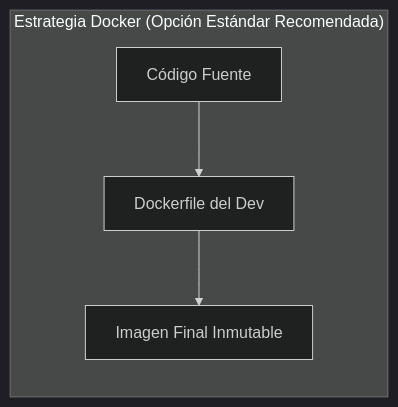
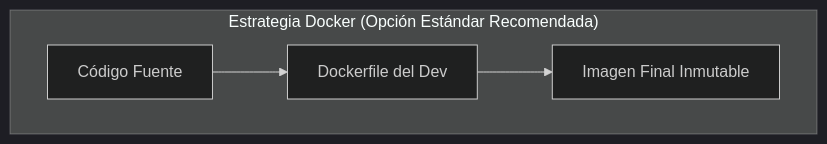
One commit to ieftraining/curso-openshift changed the third of 7 diagrams in docs/sesion4/4.5 Construir en la plataforma.md. Above: the diagram before and after it, drawn with Mermaid (dark theme). The commit also changed other lines of this file, not shown here.

````diff
--- a/docs/sesion4/4.5 Construir en la plataforma.md
+++ b/docs/sesion4/4.5 Construir en la plataforma.md
@@ -86,7 +86,7 @@
 ```mermaid
-flowchart LR
+flowchart TD
     subgraph Docker ["Estrategia Docker (Opción Estándar Recomendada)"]
         A2[Código Fuente] --> B2[Dockerfile del Dev]
         B2 --> C2[Imagen Final Inmutable]
     end
 ```
````
